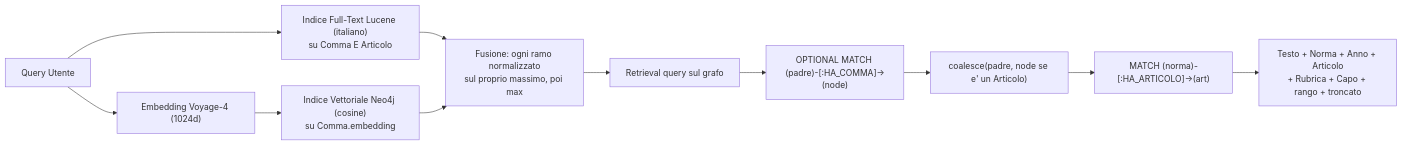
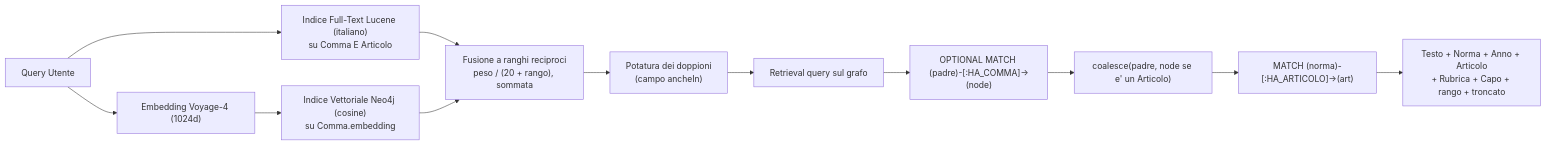
The fourth of 5 diagrams in docs/architettura-agente.md (simorina/GraphResponsa), drawn with Mermaid before and after one commit. The commit also changed other lines of this file and 4 other files, not shown here.

````diff
--- a/docs/architettura-agente.md
+++ b/docs/architettura-agente.md
@@ -162,15 +186,16 @@
 ```mermaid
 flowchart LR
     Q["Query Utente"] --> FT["Indice Full-Text Lucene (italiano)<br/>su Comma E Articolo"]
     Q --> VOY["Embedding Voyage-4 (1024d)"]
     VOY --> VS["Indice Vettoriale Neo4j (cosine)<br/>su Comma.embedding"]
 
-    FT --> HYB["Fusione: ogni ramo normalizzato<br/>sul proprio massimo, poi max"]
+    FT --> HYB["Fusione a ranghi reciproci<br/>peso / (20 + rango), sommata"]
     VS --> HYB
 
-    HYB --> GR["Retrieval query sul grafo"]
+    HYB --> DED["Potatura dei doppioni<br/>(campo ancheIn)"]
+    DED --> GR["Retrieval query sul grafo"]
     GR --> OPT["OPTIONAL MATCH (padre)-[:HA_COMMA]->(node)"]
     OPT --> CO["coalesce(padre, node se e' un Articolo)"]
     CO --> NORM["MATCH (norma)-[:HA_ARTICOLO]->(art)"]
     NORM --> OUT["Testo + Norma + Anno + Articolo<br/>+ Rubrica + Capo + rango + troncato"]
 ```
````
